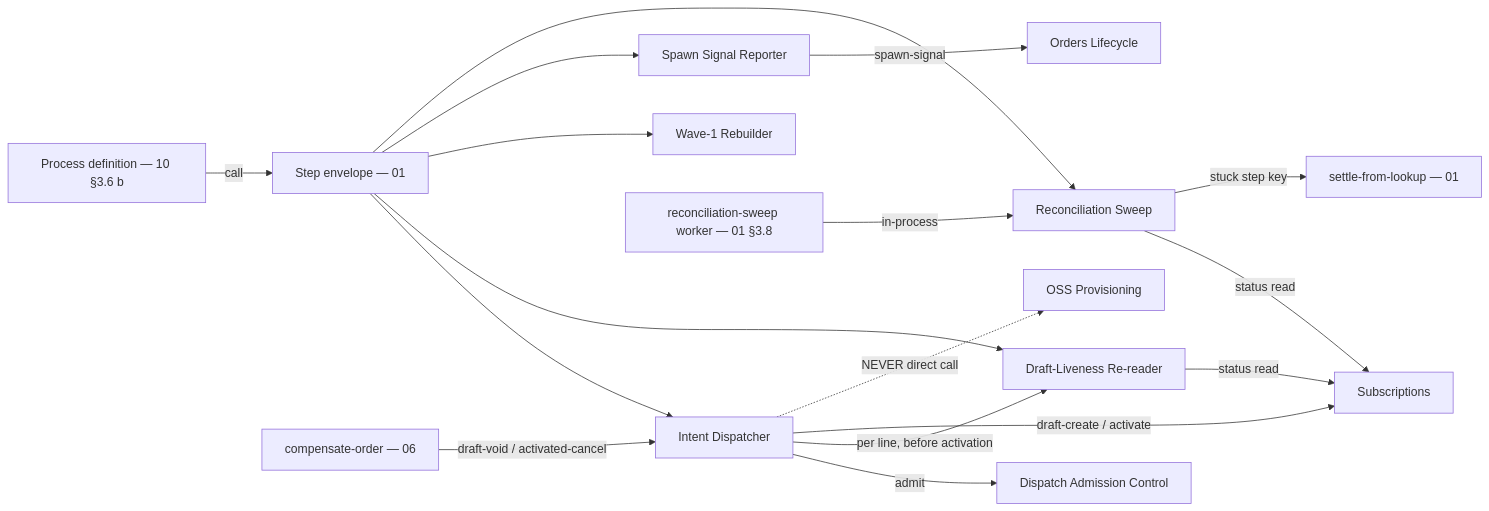
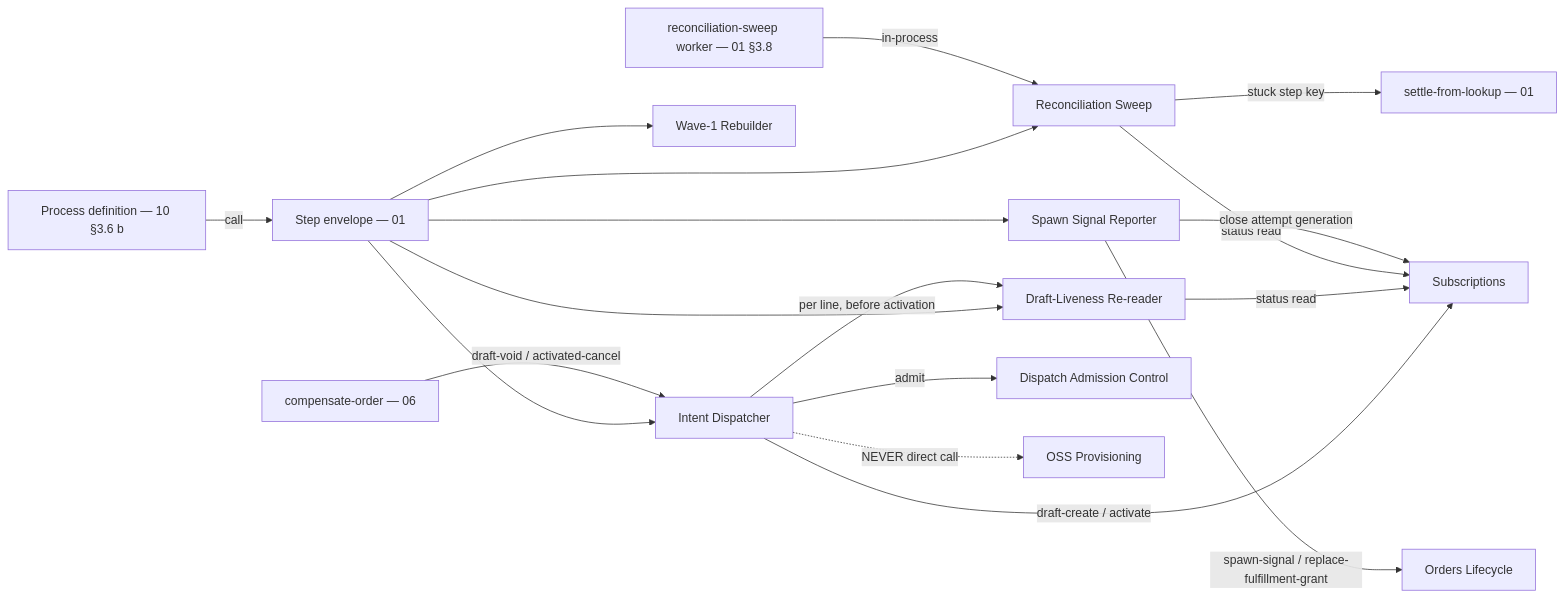
One commit to constructorfabric/gears-rust changed the first of 4 diagrams in gears/bss/orders-workflow/docs/design/05-provisioning-intents.md. Above: the diagram before and after it, drawn with Mermaid. The commit also changed other lines of this file and 8 other files, not shown here.

First line of the commit message:
docs(bss/orders-workflow): drive Lifecycle's receiver protocol in the slices (D-243)

````diff
--- a/gears/bss/orders-workflow/docs/design/05-provisioning-intents.md
+++ b/gears/bss/orders-workflow/docs/design/05-provisioning-intents.md
@@ -339,19 +343,20 @@
 ```mermaid
 graph LR
     DEF[Process definition — 10 §3.6 b] -->|call| ENV[Step envelope — 01]
     ENV --> ID[Intent Dispatcher]
     ENV --> DLR[Draft-Liveness Re-reader]
     ENV --> WR[Wave-1 Rebuilder]
     ENV --> SSR[Spawn Signal Reporter]
     ENV --> RS[Reconciliation Sweep]
     RSW[reconciliation-sweep worker — 01 §3.8] -->|in-process| RS
     ID -->|admit| AC[Dispatch Admission Control]
     ID -->|per line, before activation| DLR
     ID -->|draft-create / activate| SUB[Subscriptions]
     DLR -->|status read| SUB
     RS -->|status read| SUB
     RS -->|stuck step key| SFL[settle-from-lookup — 01]
-    SSR -->|spawn-signal| OL[Orders Lifecycle]
+    SSR -->|spawn-signal / replace-fulfillment-grant| OL[Orders Lifecycle]
+    SSR -->|close attempt generation| SUB
     CO[compensate-order — 06] -->|draft-void / activated-cancel| ID
     ID -.->|NEVER direct call| OSS[OSS Provisioning]
 ```
````
